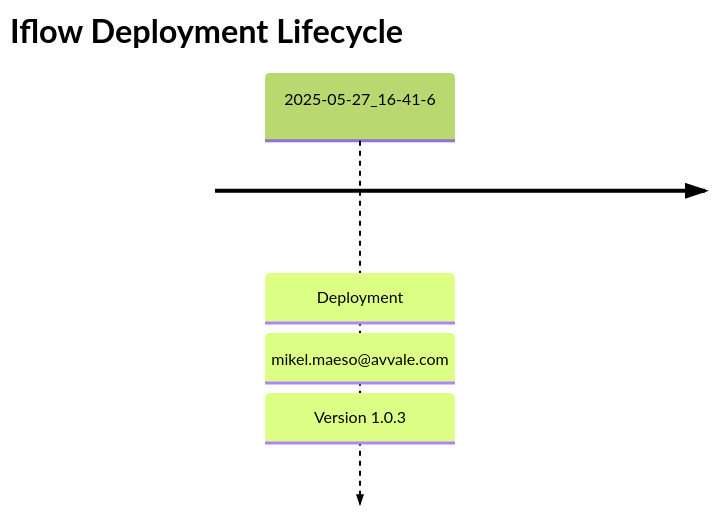
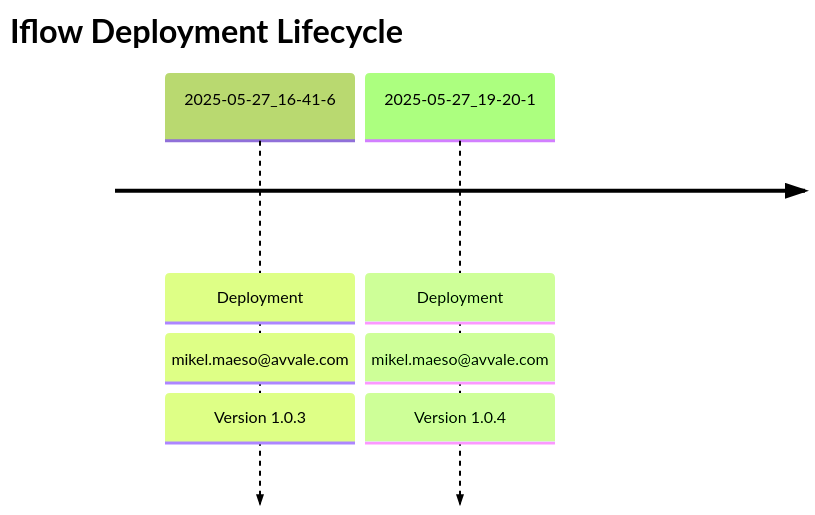
One commit to Avvale-IA-CICD/AvvaleCPI changed the diagram in REPSOL - Demo IA Docs/Check_Connectivity_from_SAP_Business_Suite_-_REPSOL/README.md. Above: the diagram before and after it, drawn with Mermaid. The commit also changed other lines of this file, not shown here.

Commit message:
docs: Update master README for REPSOL - Demo IA Docs/Check_Connectivity_from_SAP_Business_Suite_-_REPSOL (v 1.0.4)

````diff
--- a/REPSOL - Demo IA Docs/Check_Connectivity_from_SAP_Business_Suite_-_REPSOL/README.md
+++ b/REPSOL - Demo IA Docs/Check_Connectivity_from_SAP_Business_Suite_-_REPSOL/README.md
@@ -7,6 +7,7 @@
 ```mermaid
 %%{init: { 'logLevel': 'debug', 'theme': 'forest' } }%%
 timeline
     title Iflow Deployment Lifecycle
     2025-05-27_16-41-6 : Deployment : mikel.maeso@avvale.com : Version 1.0.3
+    2025-05-27_19-20-1 : Deployment : mikel.maeso@avvale.com : Version 1.0.4
 ```
````
